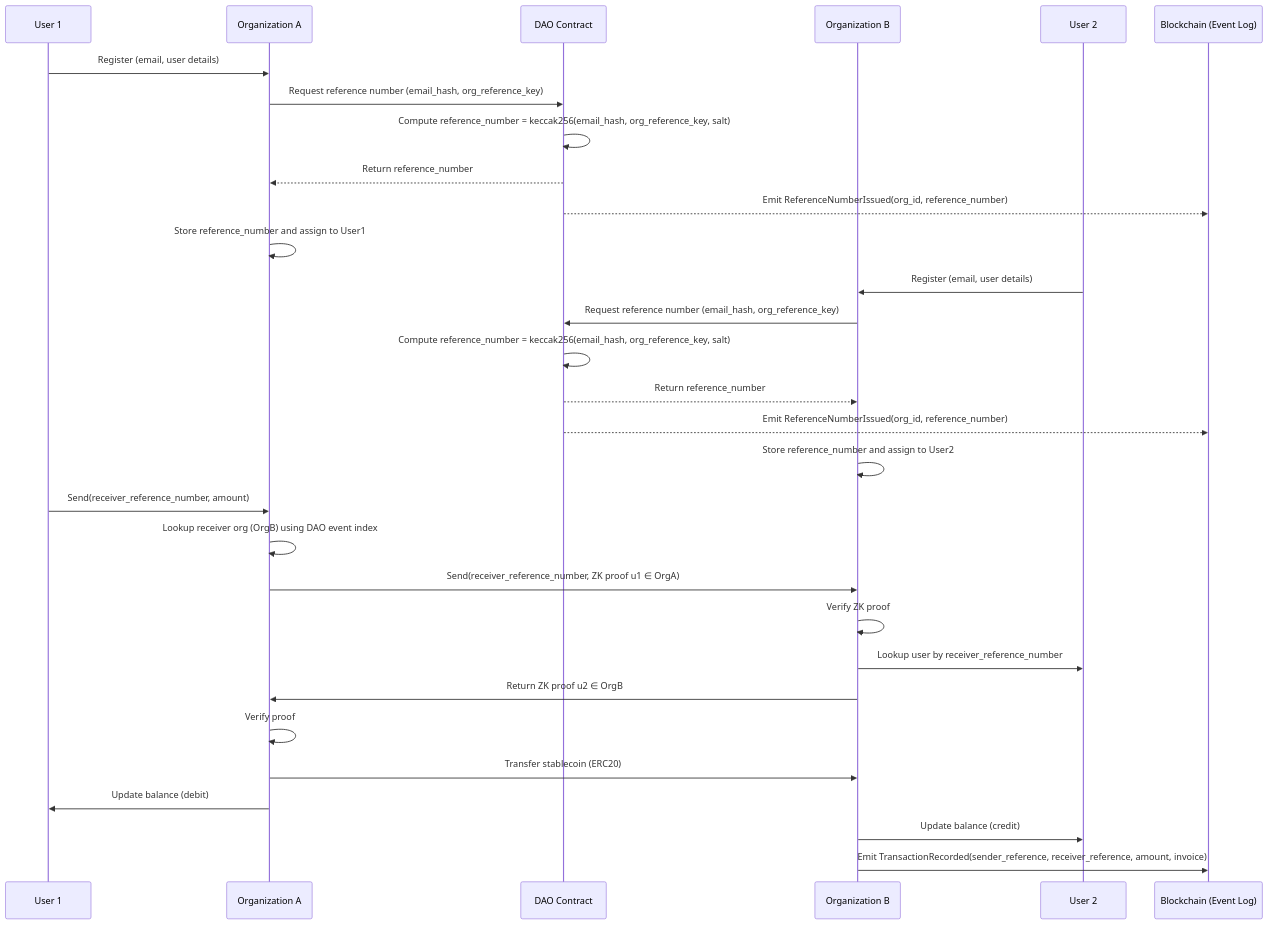
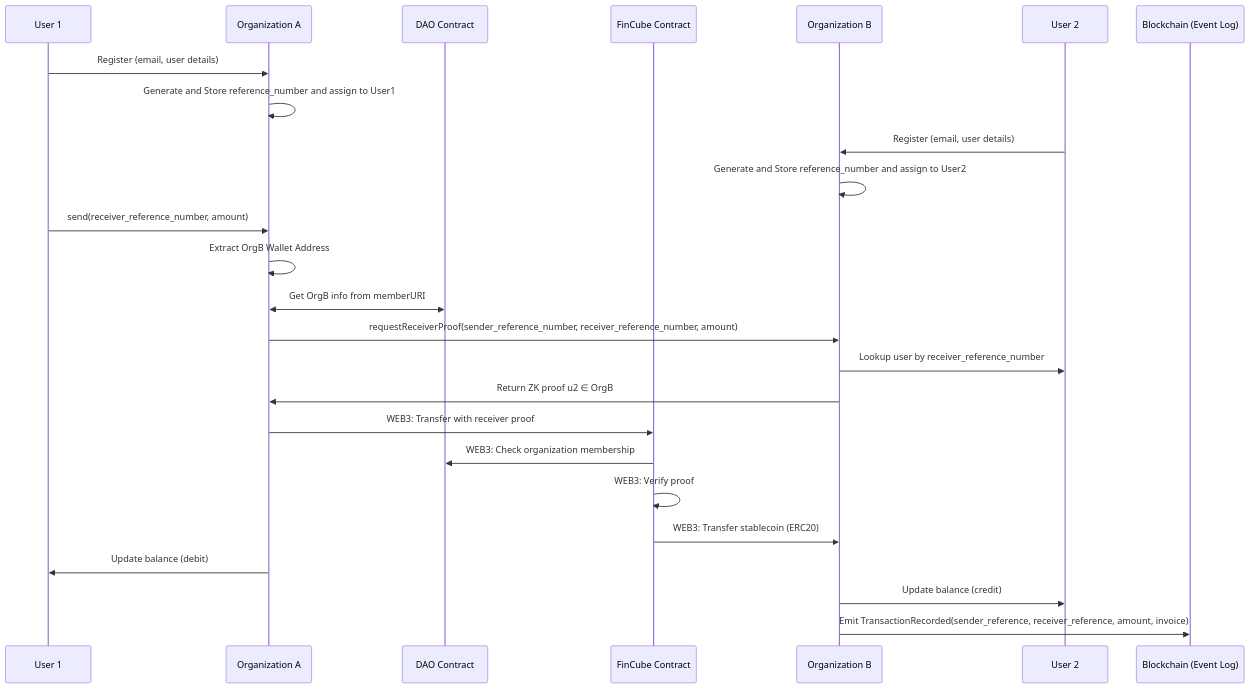
One commit to FinCube-23/transferPoC changed the first of 2 diagrams in SD-ZK-Integrated-Transfer.md. Above: the diagram before and after it, drawn with Mermaid. The commit also changed other lines of this file, not shown here.

Commit message:
docs: web3-kit New flow for ZK based B2B transfer

````diff
--- a/SD-ZK-Integrated-Transfer.md
+++ b/SD-ZK-Integrated-Transfer.md
@@ -1,32 +1,27 @@
 ```mermaid
 sequenceDiagram
     participant User1 as User 1
     participant OrgA as Organization A
     participant DAO as DAO Contract
+    participant FinCube as FinCube Contract
     participant OrgB as Organization B
     participant User2 as User 2
     participant Blockchain as Blockchain (Event Log)
     User1->>OrgA: Register (email, user details)
-    OrgA->>DAO: Request reference number (email_hash, org_reference_key)
-    DAO->>DAO: Compute reference_number = keccak256(email_hash, org_reference_key, salt)
-    DAO-->>OrgA: Return reference_number
-    DAO-->>Blockchain: Emit ReferenceNumberIssued(org_id, reference_number)
-    OrgA->>OrgA: Store reference_number and assign to User1
+    OrgA->>OrgA: Generate and Store reference_number and assign to User1
     User2->>OrgB: Register (email, user details)
-    OrgB->>DAO: Request reference number (email_hash, org_reference_key)
-    DAO->>DAO: Compute reference_number = keccak256(email_hash, org_reference_key, salt)
-    DAO-->>OrgB: Return reference_number
-    DAO-->>Blockchain: Emit ReferenceNumberIssued(org_id, reference_number)
-    OrgB->>OrgB: Store reference_number and assign to User2
-    User1->>OrgA: Send(receiver_reference_number, amount)
-    OrgA->>OrgA: Lookup receiver org (OrgB) using DAO event index
-    OrgA->>OrgB: Send(receiver_reference_number, ZK proof u1 ∈ OrgA)
-    OrgB->>OrgB: Verify ZK proof
+    OrgB->>OrgB: Generate and Store reference_number and assign to User2
+    User1->>OrgA: send(receiver_reference_number, amount)
+    OrgA->>OrgA: Extract OrgB Wallet Address
+    OrgA<<->>DAO: Get OrgB info from memberURI
+    OrgA->>OrgB: requestReceiverProof(sender_reference_number, receiver_reference_number, amount)
     OrgB->>User2: Lookup user by receiver_reference_number
     OrgB->>OrgA: Return ZK proof u2 ∈ OrgB
-    OrgA->>OrgA: Verify proof
-    OrgA->>OrgB: Transfer stablecoin (ERC20)
+    OrgA->>FinCube: WEB3: Transfer with receiver proof
+    FinCube->>DAO: WEB3: Check organization membership
+    FinCube->>FinCube: WEB3: Verify proof
+    FinCube->>OrgB: WEB3: Transfer stablecoin (ERC20)
     OrgA->>User1: Update balance (debit)
     OrgB->>User2: Update balance (credit)
     OrgB->>Blockchain: Emit TransactionRecorded(sender_reference, receiver_reference, amount, invoice)
 ```
````
